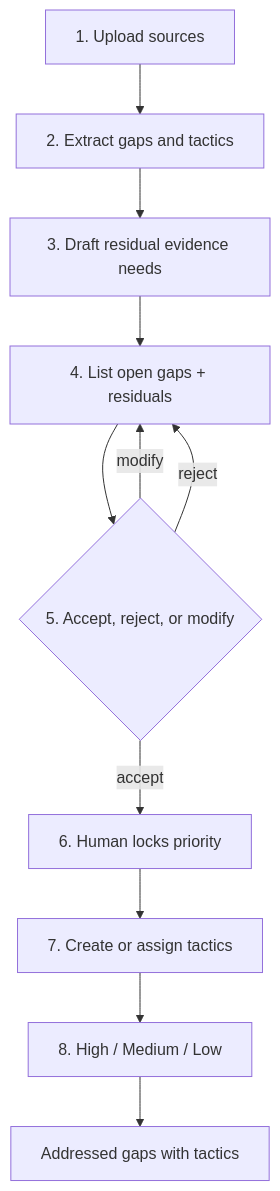
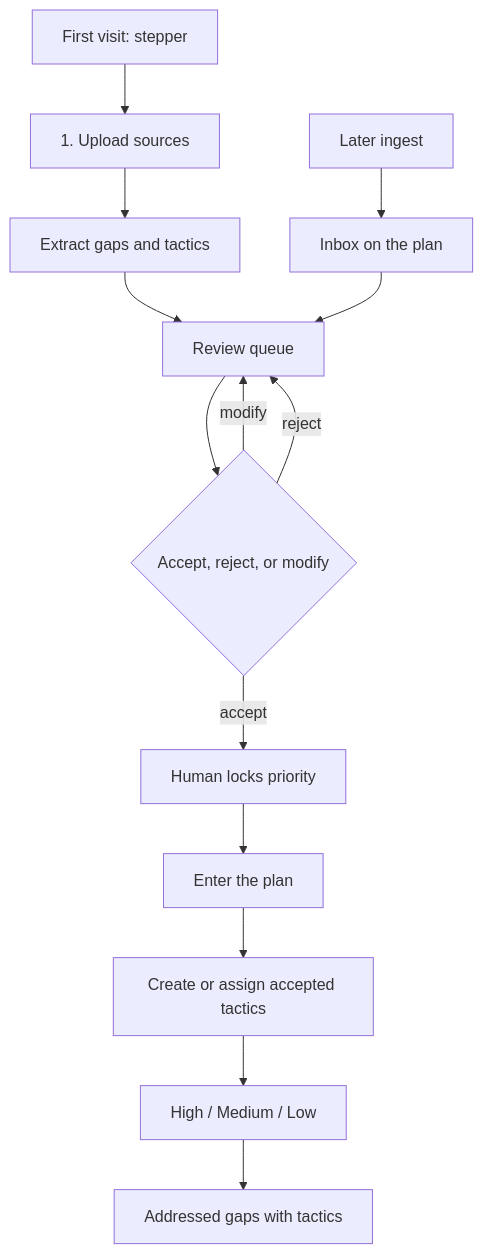
One commit to Shashb21/synapse changed the first of 2 diagrams in docs/problem-and-solution.md. Above: the diagram before and after it, drawn with Mermaid. The commit also changed other lines of this file and 24 other files, not shown here.

First line of the commit message:
Wizard once, then live on the plan with an inbox.

````diff
--- a/docs/problem-and-solution.md
+++ b/docs/problem-and-solution.md
@@ -50,22 +50,28 @@
 ```mermaid
 flowchart TD
+  wizard["First visit: stepper"]
   upload["1. Upload sources"]
-  extract["2. Extract gaps and tactics"]
-  residual["3. Draft residual evidence needs"]
-  openlist["4. List open gaps + residuals"]
-  decide{"5. Accept, reject, or modify"}
-  pri["6. Human locks priority"]
-  assign["7. Create or assign tactics"]
-  board["8. High / Medium / Low"]
+  extract["Extract gaps and tactics"]
+  review["Review queue"]
+  decide{"Accept, reject, or modify"}
+  pri["Human locks priority"]
+  enter["Enter the plan"]
+  inbox["Inbox on the plan"]
+  assign["Create or assign accepted tactics"]
+  board["High / Medium / Low"]
   closed["Addressed gaps with tactics"]
+  later["Later ingest"]
+  wizard --> upload
   upload --> extract
-  extract --> residual
-  residual --> openlist
-  openlist --> decide
-  decide -->|modify| openlist
-  decide -->|reject| openlist
+  extract --> review
+  review --> decide
+  decide -->|modify| review
+  decide -->|reject| review
   decide -->|accept| pri
-  pri --> assign
+  pri --> enter
+  enter --> assign
   assign --> board
   board --> closed
+  later --> inbox
+  inbox --> review
 ```
````
